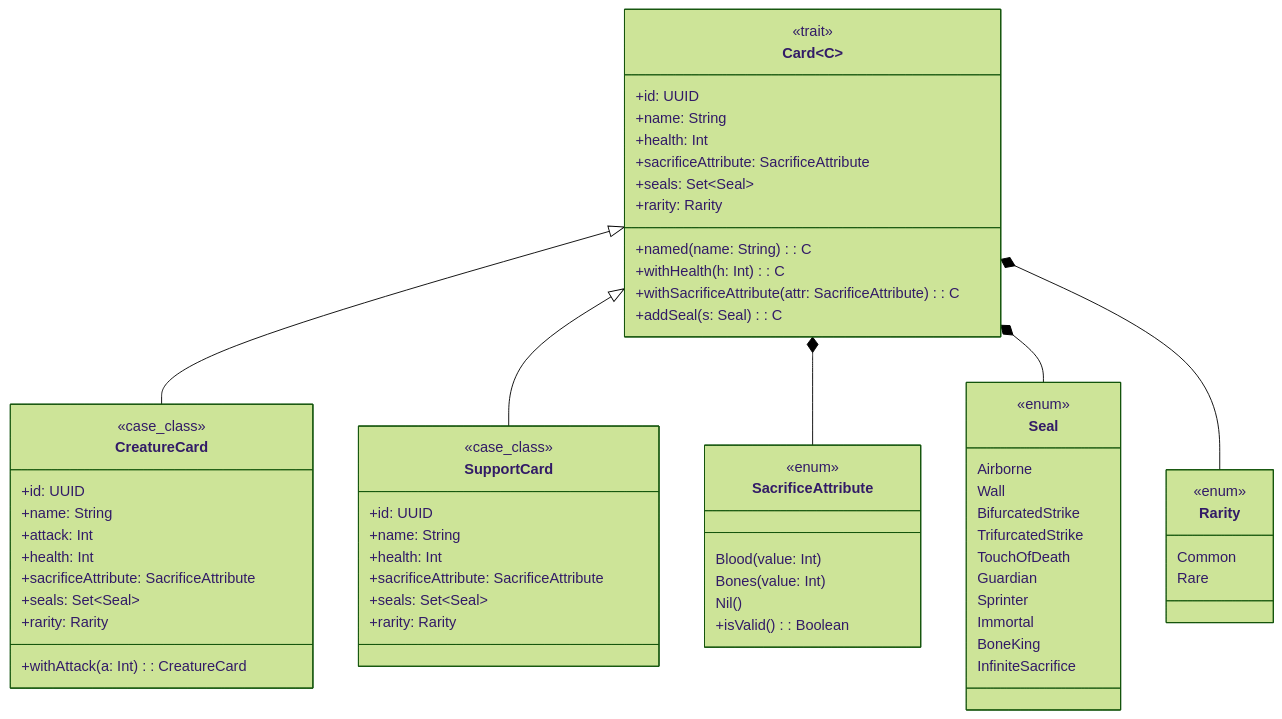
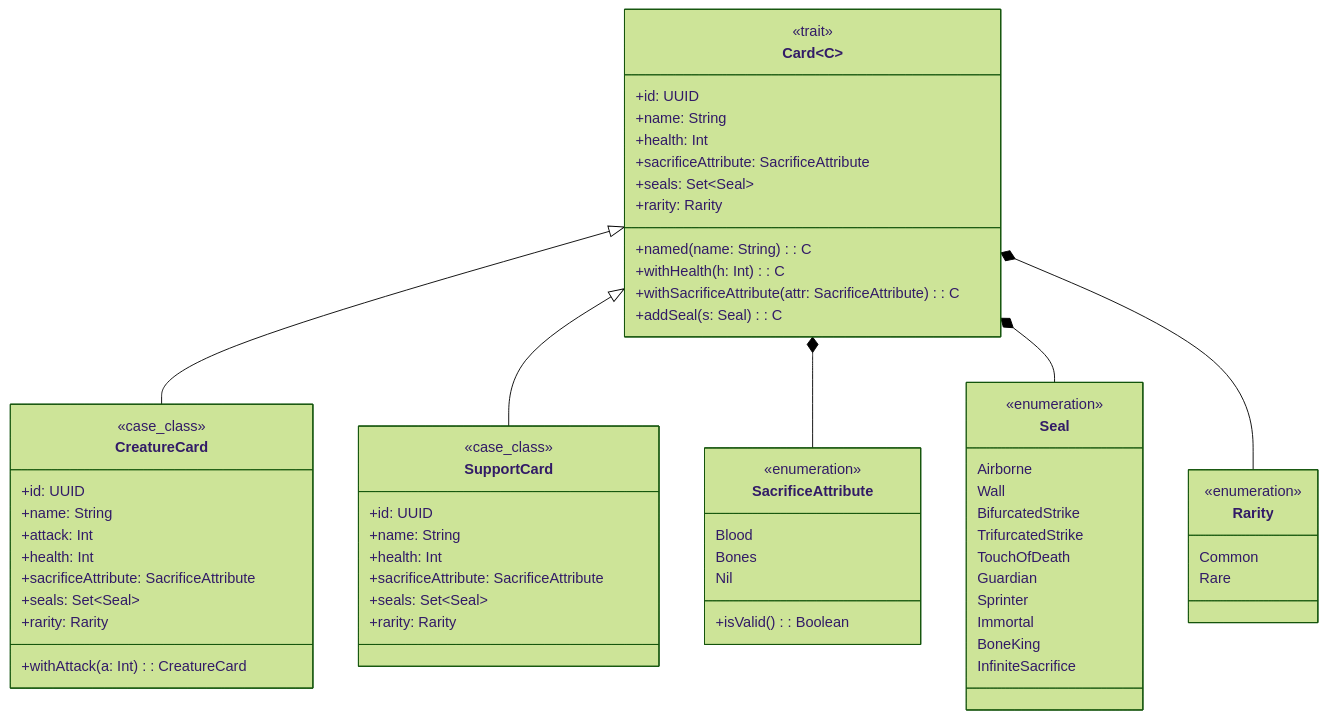
The diagram in docs/Design di dettaglio/card.md (GiuseppeGambacorta/PPS-25-SCRYPTION), drawn with Mermaid (forest theme) before and after one commit. The commit also changed 6 other files, not shown here.

````diff
--- a/docs/Design di dettaglio/card.md
+++ b/docs/Design di dettaglio/card.md
@@ -16,75 +16,76 @@
 ```mermaid
 classDiagram
     class Card~C~ {
         <<trait>>
         +id: UUID
         +name: String
         +health: Int
         +sacrificeAttribute: SacrificeAttribute
         +seals: Set~Seal~
         +rarity: Rarity
         +named(name: String): C
         +withHealth(h: Int): C
         +withSacrificeAttribute(attr: SacrificeAttribute): C
         +addSeal(s: Seal): C
         
     }
 
     class CreatureCard {
         <<case_class>>
         +id: UUID
         +name: String
         +attack: Int
         +health: Int
         +sacrificeAttribute: SacrificeAttribute
         +seals: Set~Seal~
         +rarity: Rarity
         +withAttack(a: Int): CreatureCard
         
     }
 
     class SupportCard {
         <<case_class>>
         +id: UUID
         +name: String
         +health: Int
         +sacrificeAttribute: SacrificeAttribute
         +seals: Set~Seal~
         +rarity: Rarity
         
     }
 
     class SacrificeAttribute {
-        <<enum>>
-        Blood(value: Int)
-        Bones(value: Int)
-        Nil()
+        <<enumeration>>
+        Blood
+        Bones
+        Nil
+        
         +isValid(): Boolean
     }
 
     class Seal {
-        <<enum>>
+        <<enumeration>>
         Airborne
         Wall
         BifurcatedStrike
         TrifurcatedStrike
         TouchOfDeath
         Guardian
         Sprinter
         Immortal
         BoneKing
         InfiniteSacrifice
     }
     
     class Rarity {
-        <<enum>>
+        <<enumeration>>
         Common
         Rare
     }
 
     Card <|-- CreatureCard
     Card <|-- SupportCard
     Card *-- SacrificeAttribute
     Card *-- Seal
     Card *-- Rarity
 ```
````
